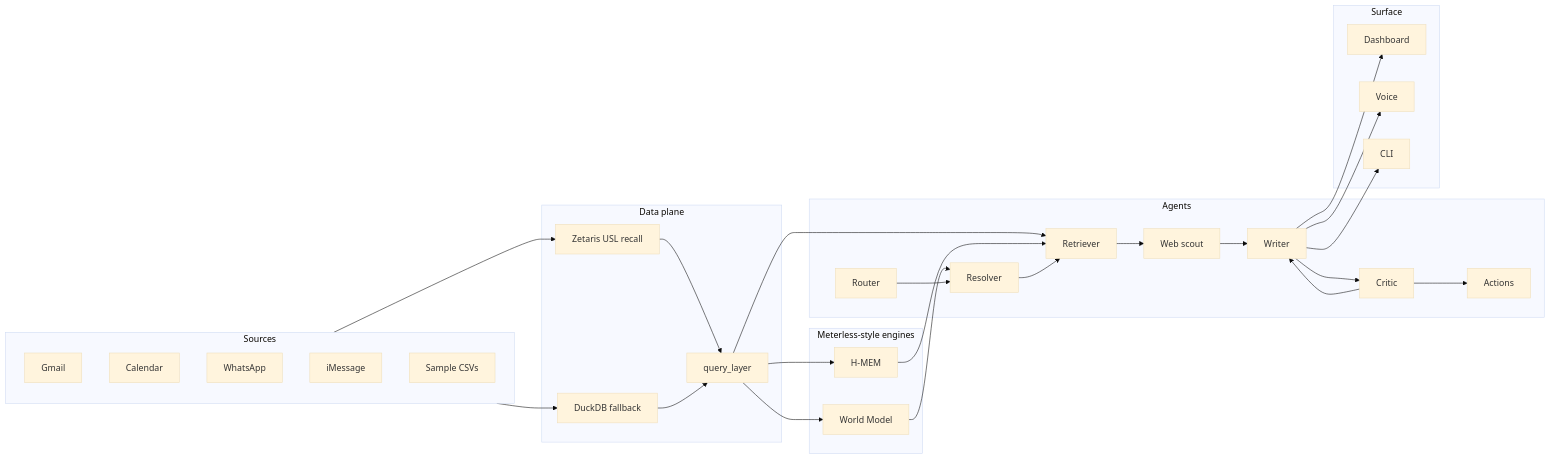
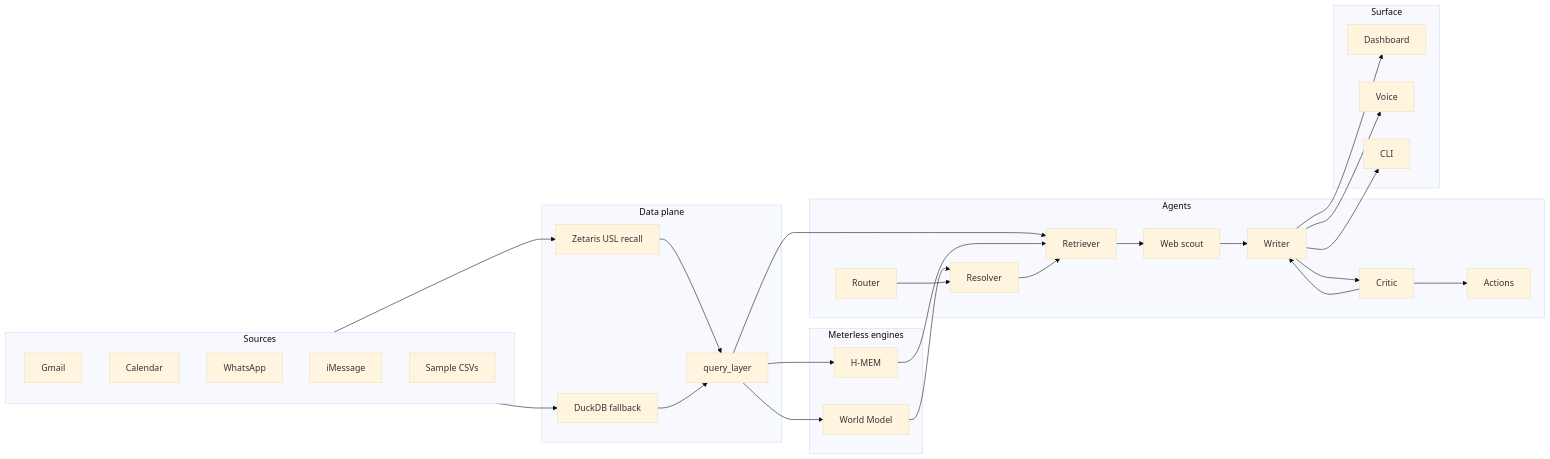
The diagram in README.md (jpraymond2/GenAI-Talos), drawn with Mermaid (base theme) before and after one commit. The commit also changed other lines of this file and 79 other files, not shown here.

````diff
--- a/README.md
+++ b/README.md
@@ -7,52 +18,52 @@
 ```mermaid
 flowchart LR
   subgraph sources [Sources]
     Gmail
     Calendar
     WhatsApp
     iMessage
     SampleCSV[Sample CSVs]
   end
 
   subgraph data [Data plane]
     Zetaris[Zetaris USL recall]
     DuckDB[DuckDB fallback]
     QL[query_layer]
   end
 
-  subgraph memory [Meterless-style engines]
+  subgraph memory [Meterless engines]
     World[World Model]
     HMEM[H-MEM]
   end
 
   subgraph agents [Agents]
     Router
     Resolver
     Retriever
     WebScout[Web scout]
     Writer
     Critic
     Actions
   end
 
   subgraph out [Surface]
     Dash[Dashboard]
     Voice
     CLI
   end
 
   sources --> Zetaris
   sources --> DuckDB
   Zetaris --> QL
   DuckDB --> QL
   QL --> World
   QL --> HMEM
   QL --> Retriever
   World --> Resolver
   HMEM --> Retriever
   Router --> Resolver --> Retriever --> WebScout --> Writer --> Critic --> Actions
   Critic --> Writer
   Writer --> Dash
   Writer --> Voice
   Writer --> CLI
 ```
````
